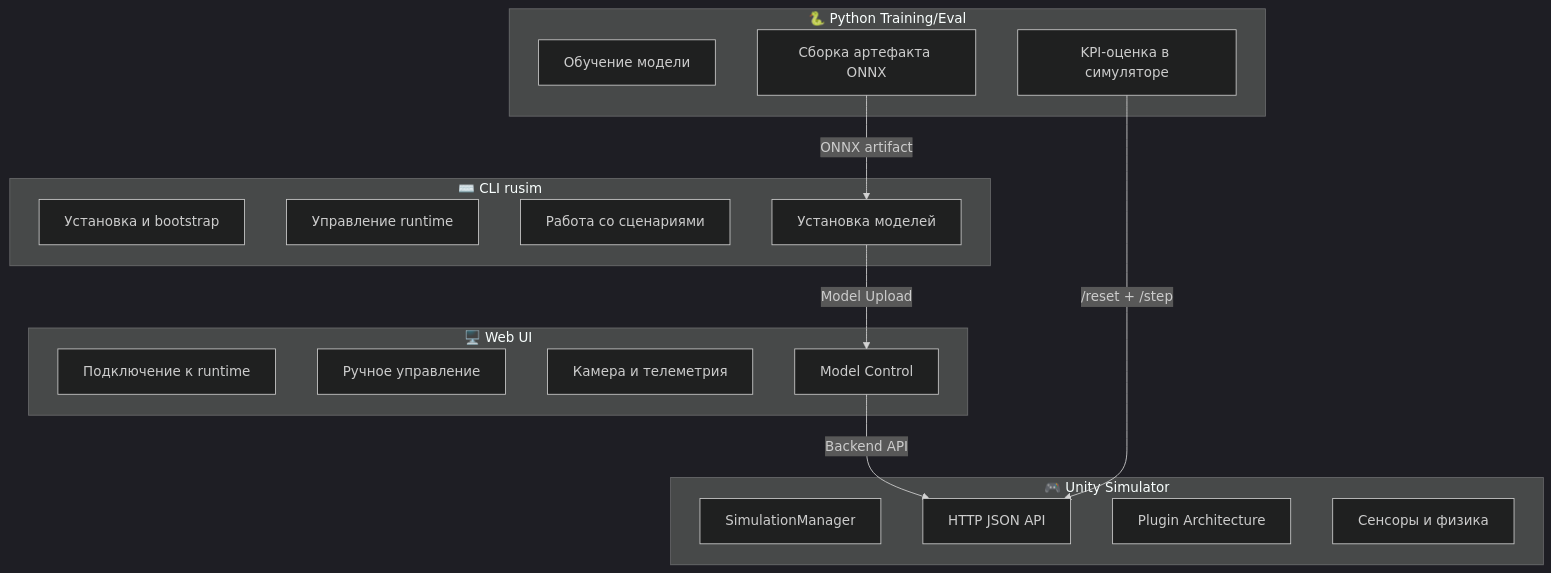
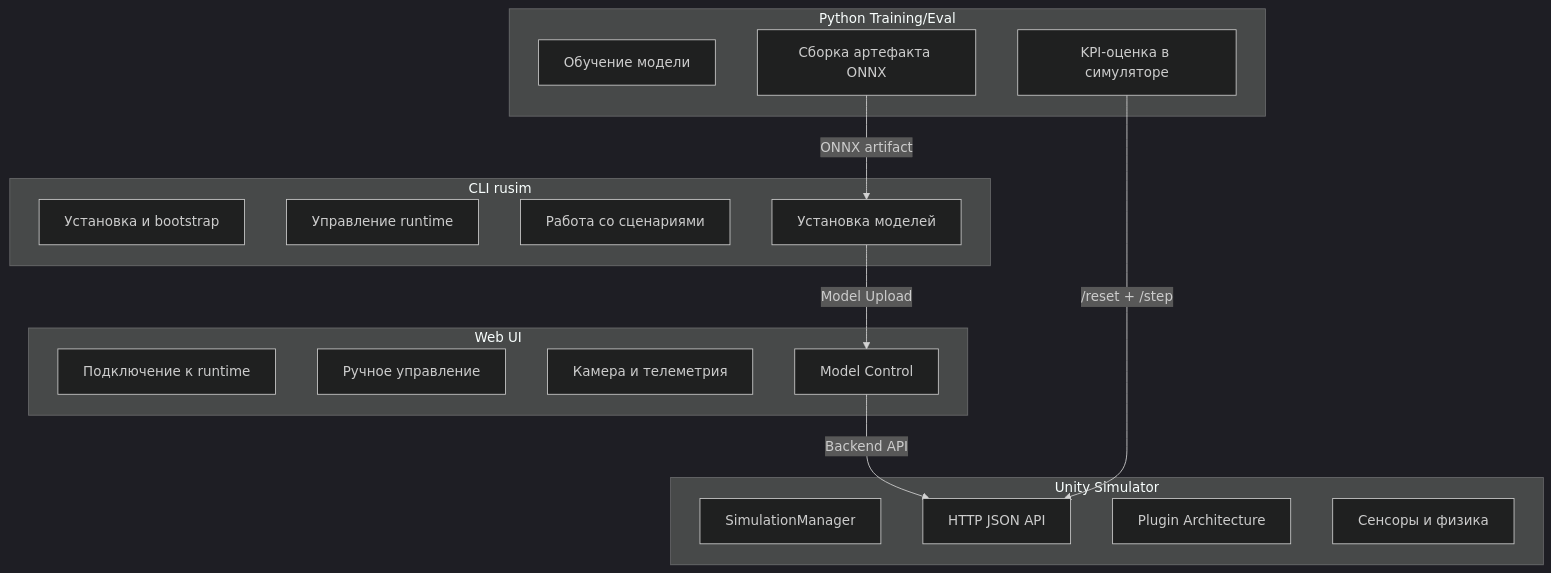
The first of 23 diagrams in docs/report/prediploma-practice/sprint-1-changelog.md (uav-simulator/uavsimulator), drawn with Mermaid (dark theme) before and after one commit. The commit also changed other lines of this file and 23 other files, not shown here.

````diff
--- a/docs/report/prediploma-practice/sprint-1-changelog.md
+++ b/docs/report/prediploma-practice/sprint-1-changelog.md
@@ -66,34 +66,34 @@
 ```mermaid
 graph TB
-    subgraph "🖥️ Web UI"
+    subgraph "Web UI"
         A1[Подключение к runtime]
         A2[Ручное управление]
         A3[Камера и телеметрия]
         A4[Model Control]
     end
 
-    subgraph "⌨️ CLI rusim"
+    subgraph "CLI rusim"
         B1[Установка и bootstrap]
         B2[Управление runtime]
         B3[Работа со сценариями]
         B4[Установка моделей]
     end
 
-    subgraph "🎮 Unity Simulator"
+    subgraph "Unity Simulator"
         C1[SimulationManager]
         C2[HTTP JSON API]
         C3[Plugin Architecture]
         C4[Сенсоры и физика]
     end
 
-    subgraph "🐍 Python Training/Eval"
+    subgraph "Python Training/Eval"
         D1[Обучение модели]
         D2[Сборка артефакта ONNX]
         D3[KPI-оценка в симуляторе]
     end
 
     A4 --> |Backend API| C2
     B4 --> |Model Upload| A4
     D2 --> |ONNX artifact| B4
     D3 --> |/reset + /step| C2
 ```
````
